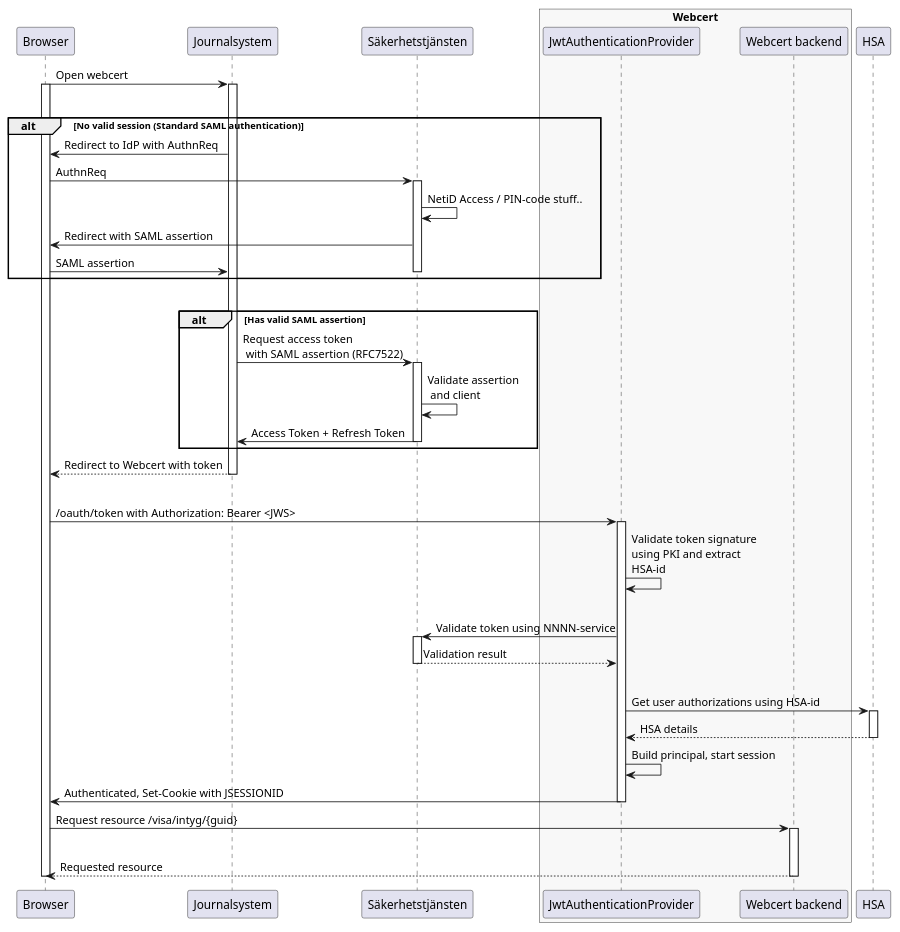
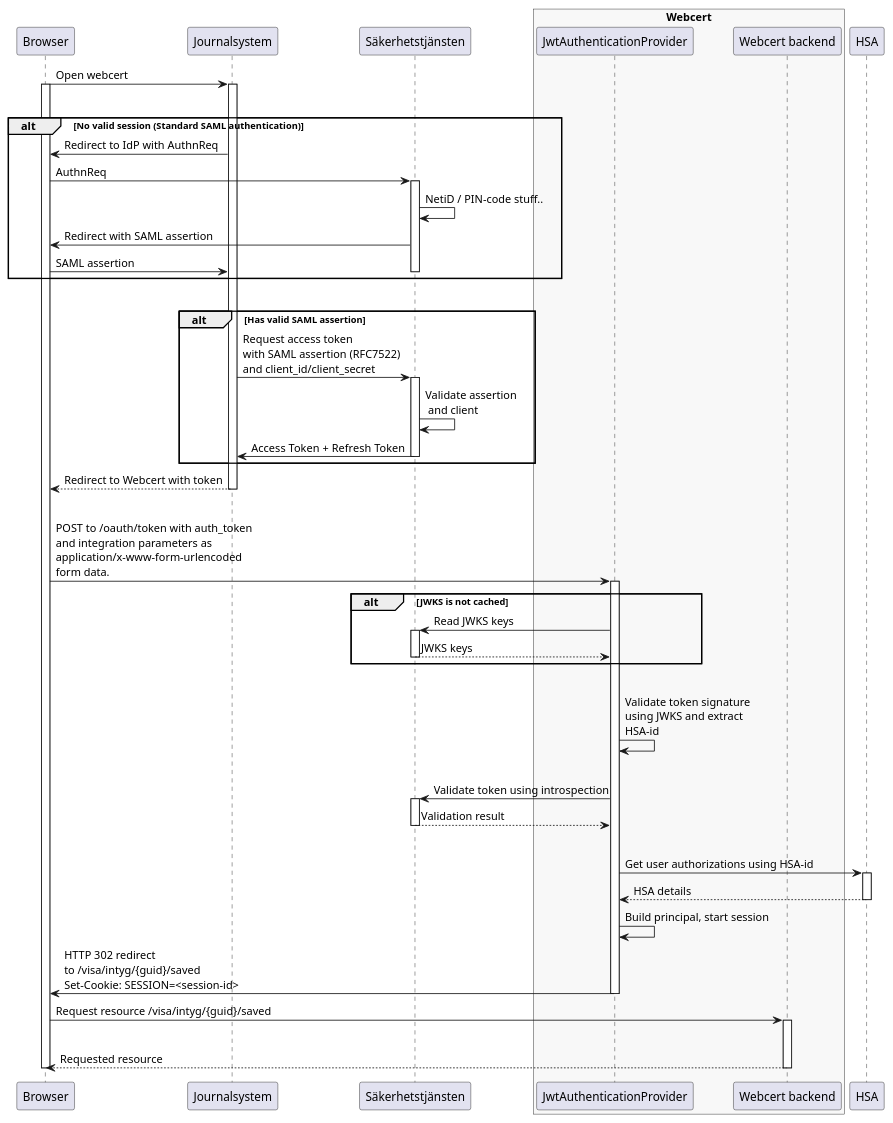
The diagram in docs/plantuml/saml-oidc-biljettvaxling.puml (sklintyg/webcert), drawn with PlantUML before and after one commit.

Commit message:
DEVENV: Uppdaterade sekvensdiagrammet som beskriver biljettväxling

```diff
--- a/docs/plantuml/saml-oidc-biljettvaxling.puml
+++ b/docs/plantuml/saml-oidc-biljettvaxling.puml
@@ -1,74 +1,80 @@
 @startuml
 participant b as "Browser"
 participant j as "Journalsystem"
 
 participant s as "Säkerhetstjänsten"
 
 box "Webcert" #F8F8F8
 	participant wj as "JwtAuthenticationProvider"
 	participant wb as "Webcert backend"
 end box
 
 participant HSA
 
 b -> j: Open webcert
 activate b
 activate j
 
 |||
 alt No valid session (Standard SAML authentication)
 j -> b: Redirect to IdP with AuthnReq
 
 b -> s: AuthnReq
 activate s
-s -> s: NetiD Access / PIN-code stuff..
+s -> s: NetiD / PIN-code stuff..
 s -> b: Redirect with SAML assertion
 b -> j: SAML assertion
 
 deactivate s
 
 end
 
 |||
 alt Has valid SAML assertion
-j -> s: Request access token\n with SAML assertion (RFC7522)
+j -> s: Request access token\nwith SAML assertion (RFC7522)\nand client_id/client_secret
 activate s
 s -> s: Validate assertion\n and client
 s -> j: Access Token + Refresh Token
 deactivate s
 end
 
 j --> b: Redirect to Webcert with token
 deactivate j
 |||
-b -> wj: /oauth/token with Authorization: Bearer <JWS>
+b -> wj: POST to /oauth/token with auth_token\nand integration parameters as\napplication/x-www-form-urlencoded\nform data.
 
 
 activate  wj
-wj -> wj: Validate token signature\nusing PKI and extract\nHSA-id
-
+alt JWKS is not cached
+wj -> s: Read JWKS keys
+activate s
+s --> wj: JWKS keys
+deactivate s
+end
 |||
-wj -> s: Validate token using NNNN-service
+wj -> wj: Validate token signature\nusing JWKS and extract\nHSA-id
+|||
+wj -> s: Validate token using introspection
 activate s
 s --> wj: Validation result
 deactivate s
 
 |||
 wj -> HSA: Get user authorizations using HSA-id
 activate HSA
 HSA --> wj: HSA details
 deactivate HSA
 
 wj -> wj: Build principal, start session
-wj -> b: Authenticated, Set-Cookie with JSESSIONID
+wj -> b: HTTP 302 redirect\nto /visa/intyg/{guid}/saved\nSet-Cookie: SESSION=<session-id>
 deactivate  wj
-b -> wb: Request resource /visa/intyg/{guid}
+b -> wb: Request resource /visa/intyg/{guid}/saved
 activate wb
 |||
 wb --> b: Requested resource
 
 deactivate wb
 
 deactivate b
 
 @enduml
```
